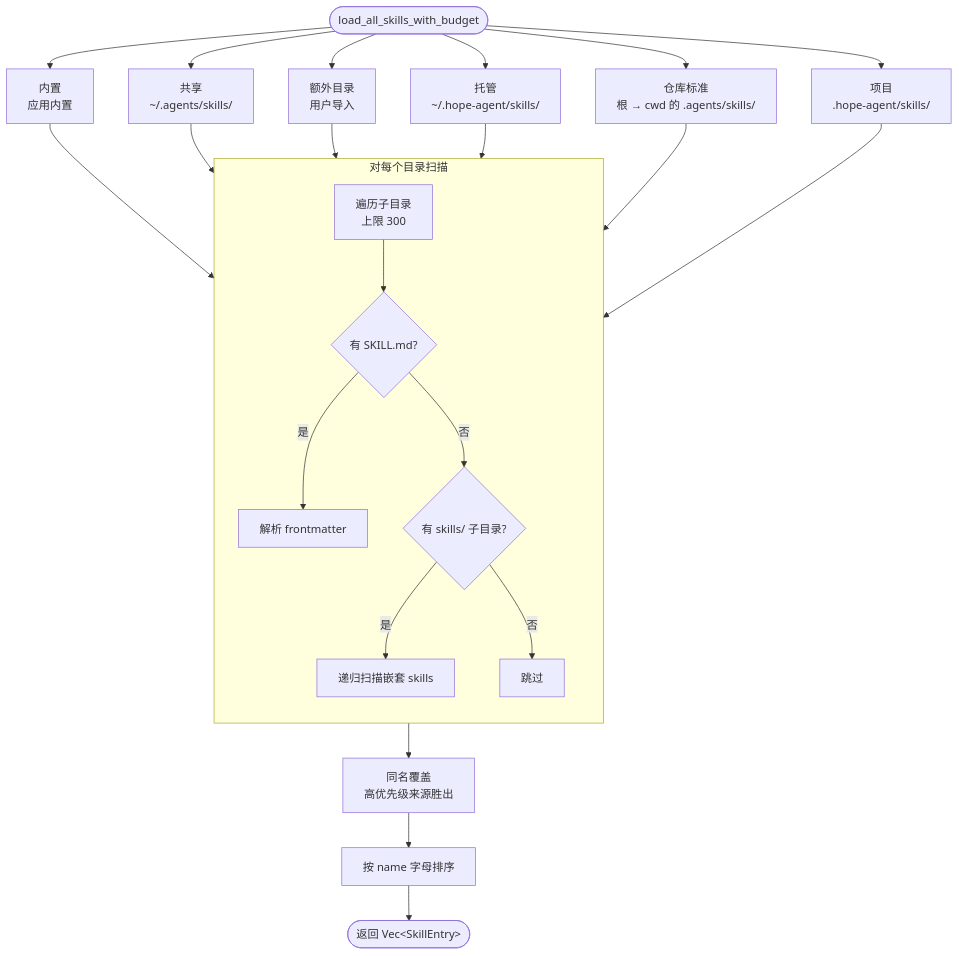
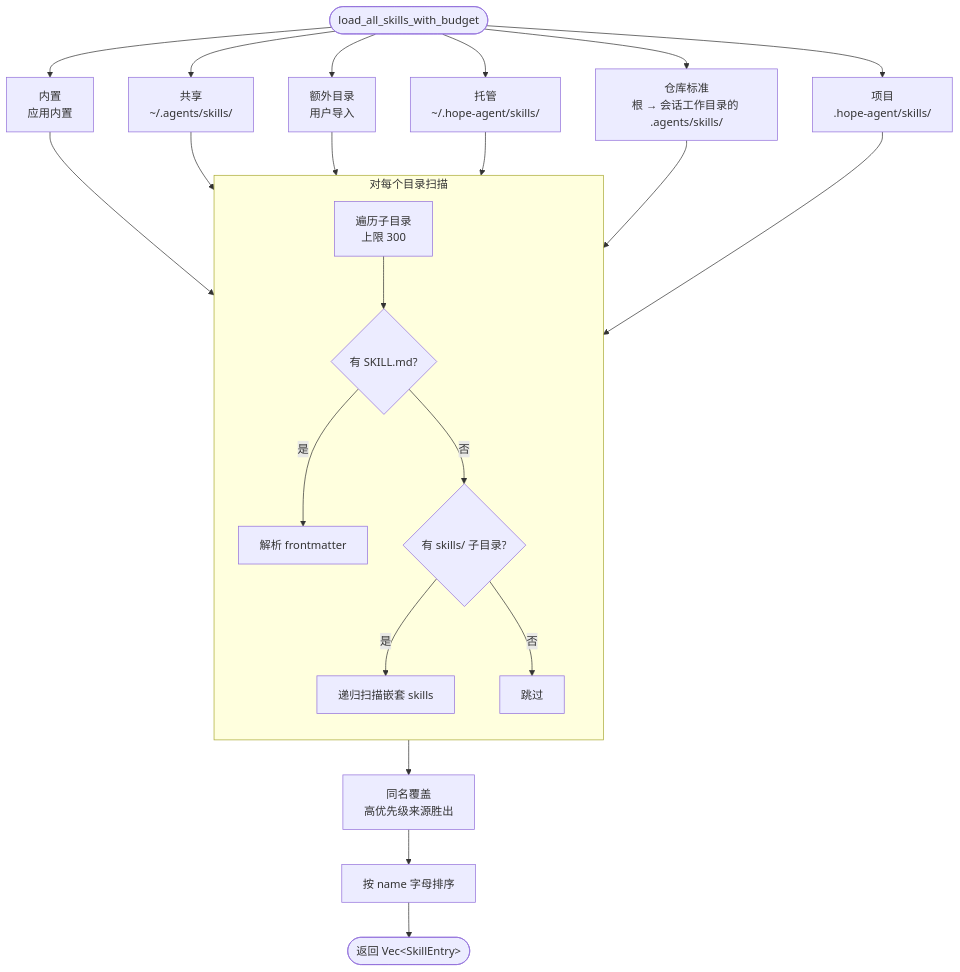
Before and after one commit to shiwenwen/hope-agent: the fourth of 19 diagrams in docs/architecture/agent/skill-system.md, drawn with Mermaid. The commit also changed other lines of this file and 18 other files, not shown here.

````diff
--- a/docs/architecture/agent/skill-system.md
+++ b/docs/architecture/agent/skill-system.md
@@ -333,24 +333,24 @@
 ```mermaid
 flowchart TD
     START([load_all_skills_with_budget]) --> B["内置<br/>应用内置"]
     START --> S["共享<br/>~/.agents/skills/"]
     START --> E["额外目录<br/>用户导入"]
     START --> M["托管<br/>~/.hope-agent/skills/"]
-    START --> R["仓库标准<br/>根 → cwd 的 .agents/skills/"]
+    START --> R["仓库标准<br/>根 → 会话工作目录的 .agents/skills/"]
     START --> P["项目<br/>.hope-agent/skills/"]
 
     B & S & E & M & R & P --> SCAN
 
     subgraph SCAN["对每个目录扫描"]
         direction TB
         DIR["遍历子目录<br/>上限 300"] --> HAS{"有 SKILL.md?"}
         HAS -->|是| PARSE["解析 frontmatter"]
         HAS -->|否| NESTED{"有 skills/ 子目录?"}
         NESTED -->|是| RECURSE["递归扫描嵌套 skills"]
         NESTED -->|否| SKIP["跳过"]
     end
 
     SCAN --> DEDUP["同名覆盖<br/>高优先级来源胜出"]
     DEDUP --> SORT["按 name 字母排序"]
     SORT --> RESULT(["返回 Vec&lt;SkillEntry&gt;"])
 ```
````
